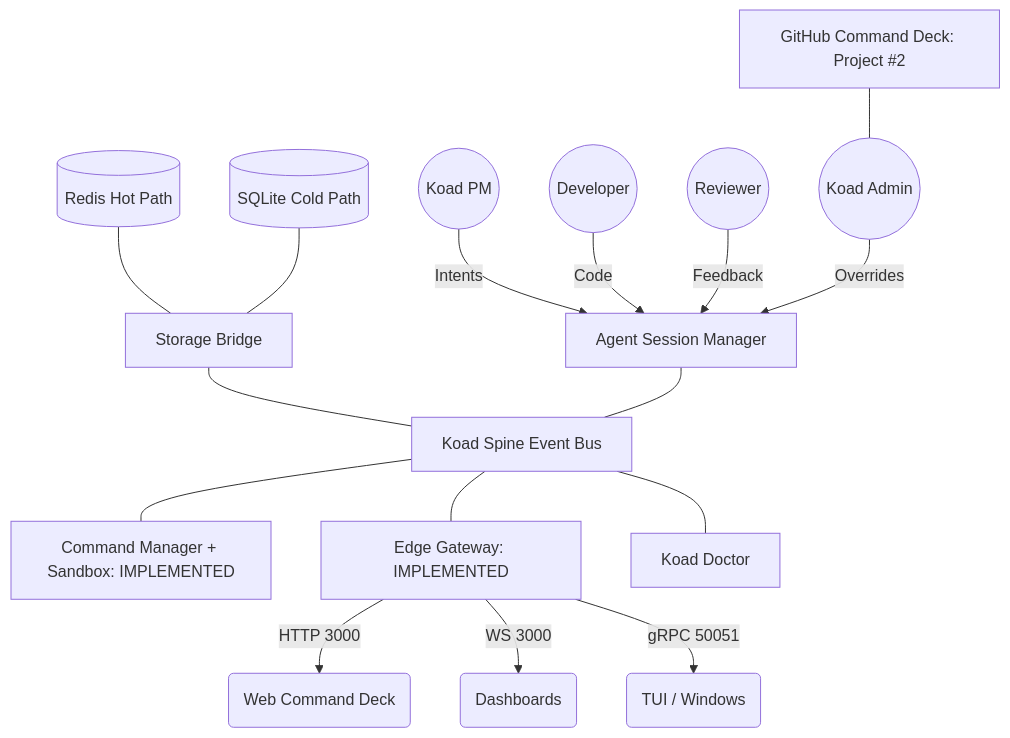
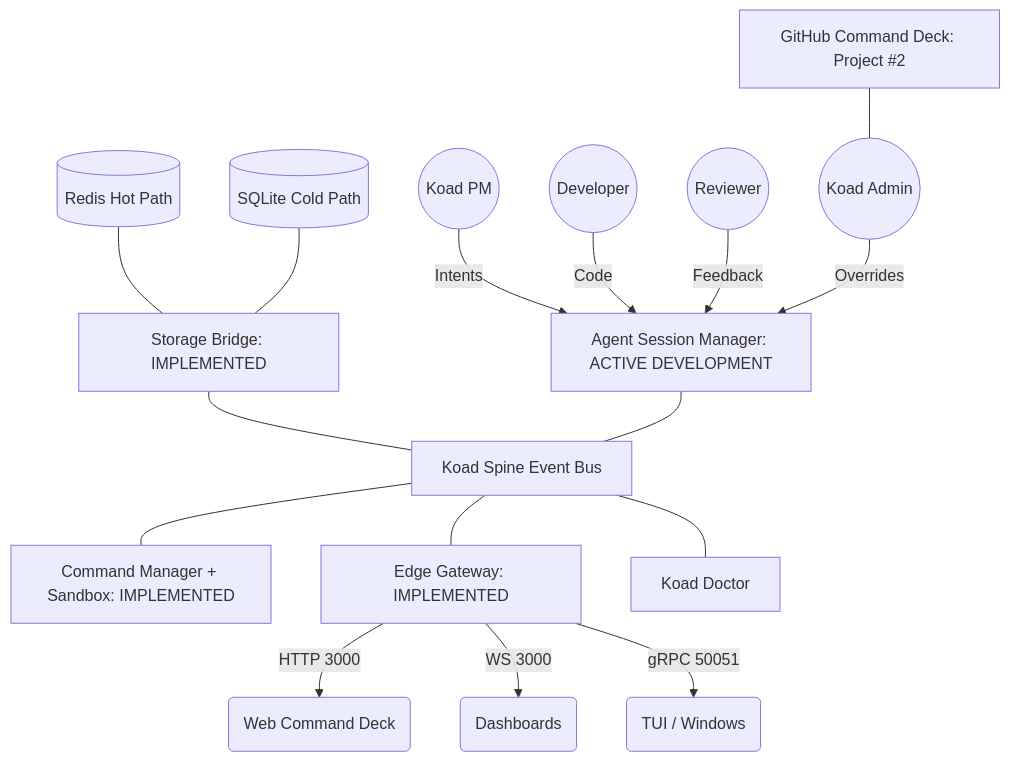
One commit to Fryymann/koad-os changed the diagram in ARCHITECTURE.md. Above: the diagram before and after it, drawn with Mermaid. The commit also changed 9 other files, not shown here.

Commit message:
feat(v3/storage): unify redis and sqlite into StorageBridge and refactor kernel engine #2

````diff
--- a/ARCHITECTURE.md
+++ b/ARCHITECTURE.md
@@ -10,30 +10,30 @@
 ```mermaid
 graph TD
     %% Core Memory
-    Redis[(Redis Hot Path)] --- Storage[Storage Bridge]
+    Redis[(Redis Hot Path)] --- Storage[Storage Bridge: IMPLEMENTED]
     SQLite[(SQLite Cold Path)] --- Storage
     Storage --- SPINE[Koad Spine Event Bus]
 
     %% Agent Layer (Subscribers/Publishers)
-    PM((Koad PM)) -->|Intents| ASM[Agent Session Manager]
+    PM((Koad PM)) -->|Intents| ASM[Agent Session Manager: ACTIVE DEVELOPMENT]
     DEV((Developer)) -->|Code| ASM
     REV((Reviewer)) -->|Feedback| ASM
     ADMIN((Koad Admin)) -->|Overrides| ASM
     
     %% Oversight Layer
     DECK[GitHub Command Deck: Project #2] --- ADMIN
     
     ASM --- SPINE
 
     %% Execution Layer
     SPINE --- CMD[Command Manager + Sandbox: IMPLEMENTED]
     
     %% IO Layer
     SPINE --- EDGE[Edge Gateway: IMPLEMENTED]
     EDGE -->|HTTP 3000| WebDeck(Web Command Deck)
     EDGE -->|WS 3000| WSClients(Dashboards)
     EDGE -->|gRPC 50051| TUIClients(TUI / Windows)
     
     %% Diagnostics
     SPINE --- DOC[Koad Doctor]
 ```
````
